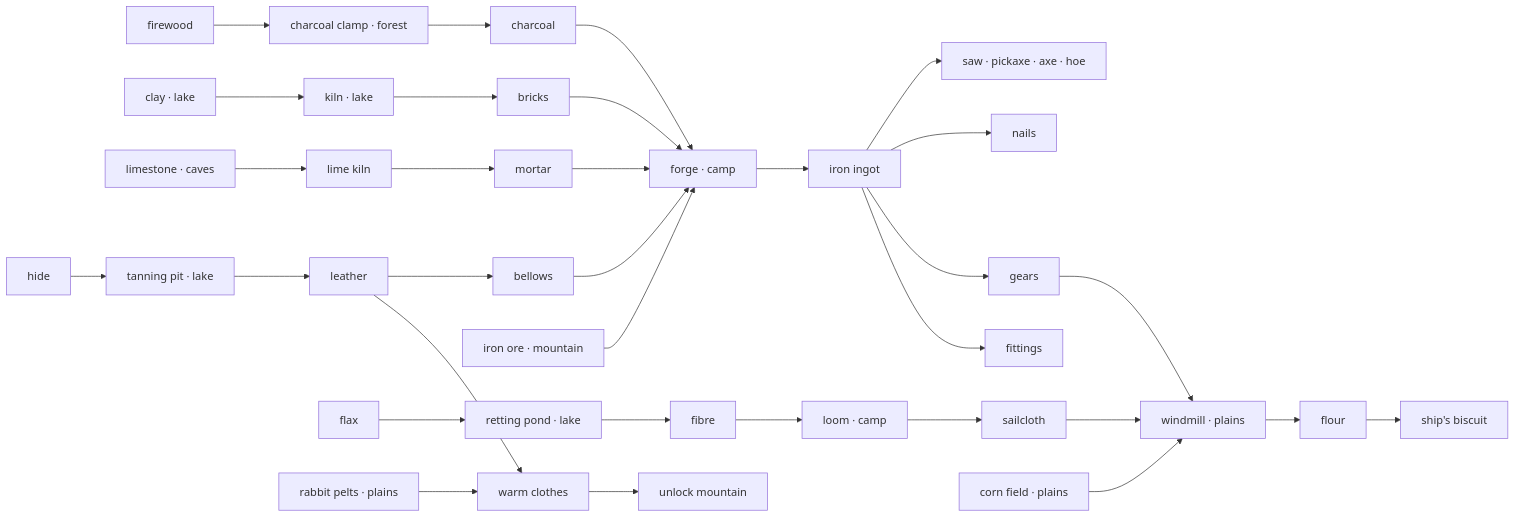
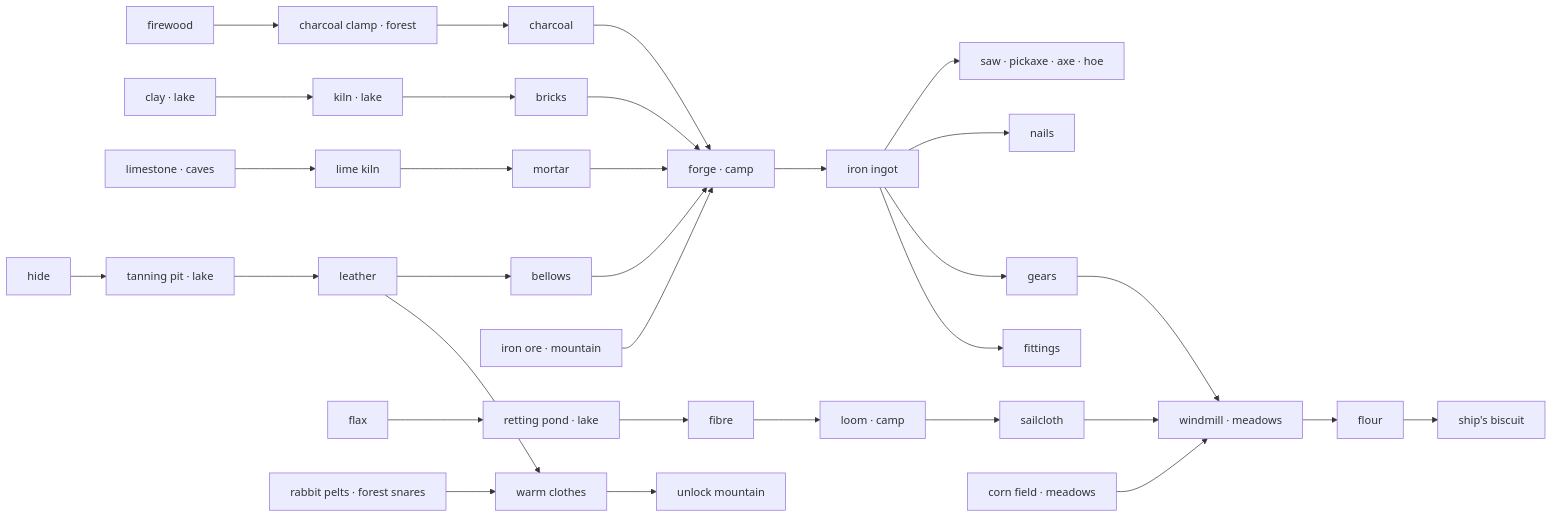
One commit to fdvoracek/mysteryless-island changed the third of 3 diagrams in docs/GDD.md. Above: the diagram before and after it, drawn with Mermaid. The commit also changed other lines of this file and 6 other files, not shown here.

````diff
--- a/docs/GDD.md
+++ b/docs/GDD.md
@@ -308,15 +311,15 @@
 ```mermaid
 flowchart LR
   wood[firewood] --> clamp[charcoal clamp · forest] --> charcoal
   clay[clay · lake] --> kiln[kiln · lake] --> bricks
   limestone[limestone · caves] --> limek[lime kiln] --> mortar
   hide --> tan[tanning pit · lake] --> leather --> bellows
   bricks & mortar & bellows --> forge[forge · camp]
   ore[iron ore · mountain] --> forge
   charcoal --> forge --> iron[iron ingot]
   iron --> tools[saw · pickaxe · axe · hoe] & nails & gears & fittings
-  gears & sailcloth --> mill[windmill · plains]
-  corn[corn field · plains] --> mill --> flour --> biscuit[ship's biscuit]
+  gears & sailcloth --> mill[windmill · meadows]
+  corn[corn field · meadows] --> mill --> flour --> biscuit[ship's biscuit]
   flax --> retting[retting pond · lake] --> fibre --> loom[loom · camp] --> sailcloth
-  pelts[rabbit pelts · plains] & leather --> warm[warm clothes] --> mountainU[unlock mountain]
+  pelts[rabbit pelts · forest snares] & leather --> warm[warm clothes] --> mountainU[unlock mountain]
 ```
````
